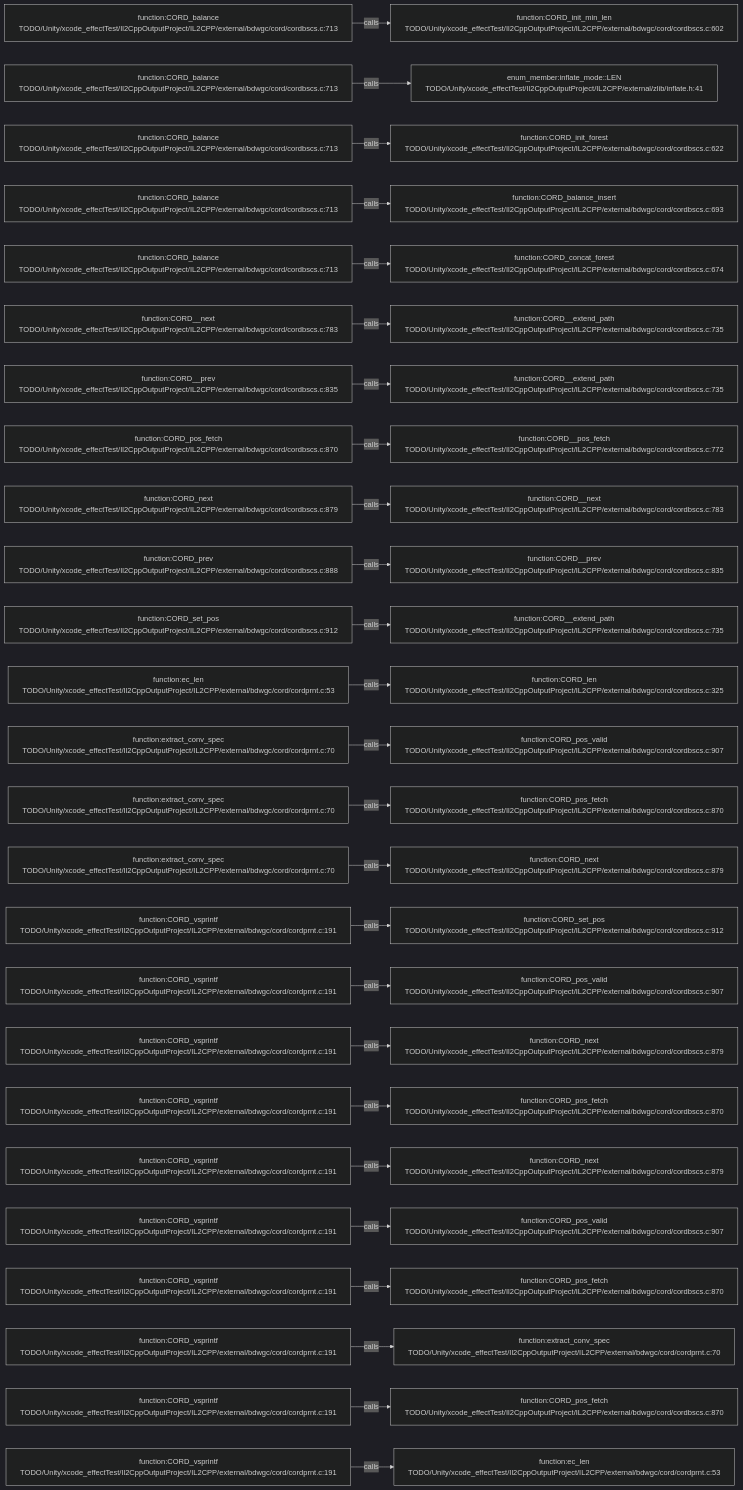
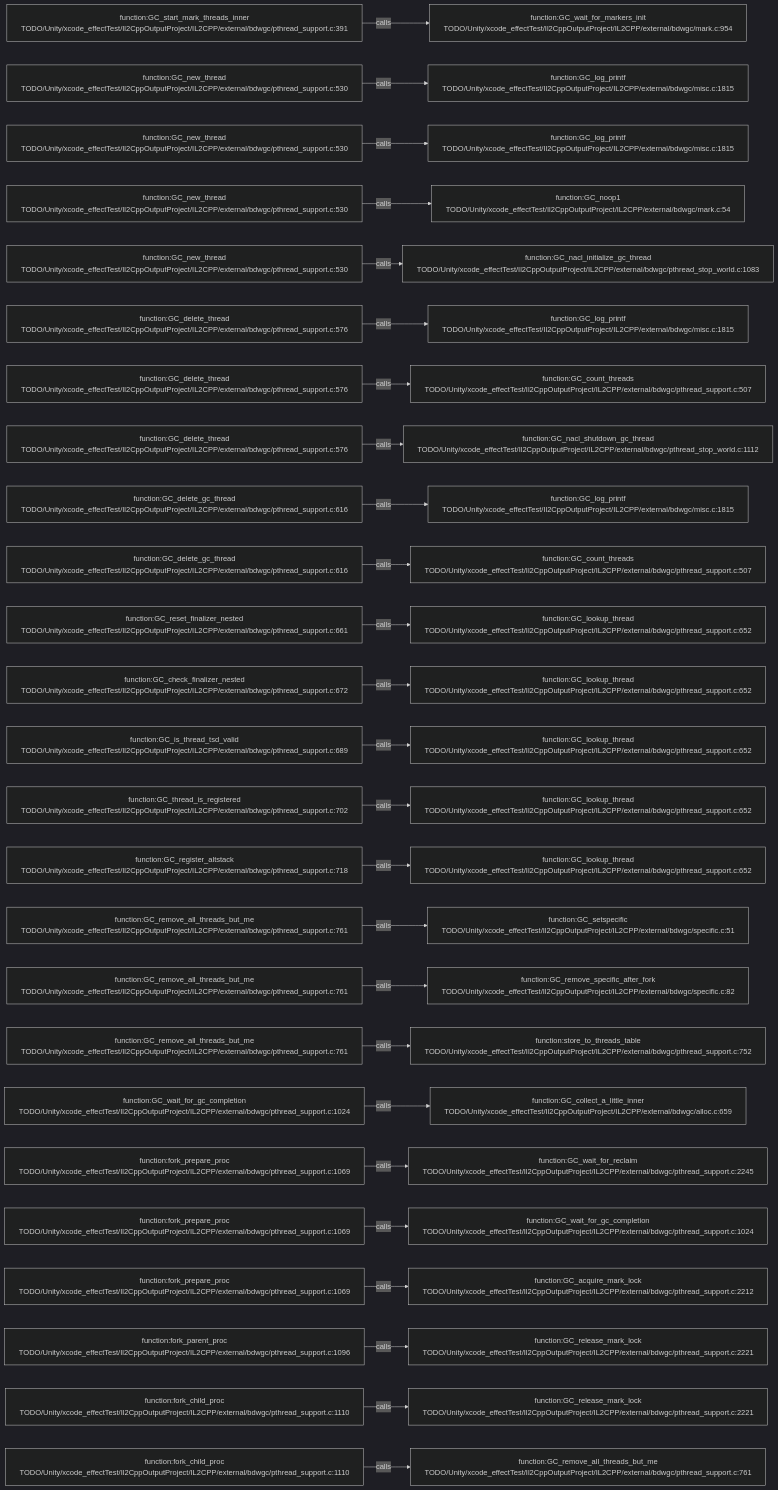
The diagram in .codegraph/codegraph.md/graphs/calls-152.md (JobsKits/JobsSwiftBaseConfigDemo), drawn with Mermaid (dark theme) before and after one commit. The commit also changed 227 other files, not shown here.

````diff
--- a/.codegraph/codegraph.md/graphs/calls-152.md
+++ b/.codegraph/codegraph.md/graphs/calls-152.md
@@ -13,78 +13,78 @@
 ```mermaid
 flowchart LR
-  S1["function:CORD_balance<br/>TODO/Unity/xcode_effectTest/Il2CppOutputProject/IL2CPP/external/bdwgc/cord/cordbscs.c:713"]
-  T1["function:CORD_init_min_len<br/>TODO/Unity/xcode_effectTest/Il2CppOutputProject/IL2CPP/external/bdwgc/cord/cordbscs.c:602"]
+  S1["function:GC_start_mark_threads_inner<br/>TODO/Unity/xcode_effectTest/Il2CppOutputProject/IL2CPP/external/bdwgc/pthread_support.c:391"]
+  T1["function:GC_wait_for_markers_init<br/>TODO/Unity/xcode_effectTest/Il2CppOutputProject/IL2CPP/external/bdwgc/mark.c:954"]
   S1 -->|calls| T1
-  S2["function:CORD_balance<br/>TODO/Unity/xcode_effectTest/Il2CppOutputProject/IL2CPP/external/bdwgc/cord/cordbscs.c:713"]
-  T2["enum_member:inflate_mode::LEN<br/>TODO/Unity/xcode_effectTest/Il2CppOutputProject/IL2CPP/external/zlib/inflate.h:41"]
+  S2["function:GC_new_thread<br/>TODO/Unity/xcode_effectTest/Il2CppOutputProject/IL2CPP/external/bdwgc/pthread_support.c:530"]
+  T2["function:GC_log_printf<br/>TODO/Unity/xcode_effectTest/Il2CppOutputProject/IL2CPP/external/bdwgc/misc.c:1815"]
   S2 -->|calls| T2
-  S3["function:CORD_balance<br/>TODO/Unity/xcode_effectTest/Il2CppOutputProject/IL2CPP/external/bdwgc/cord/cordbscs.c:713"]
-  T3["function:CORD_init_forest<br/>TODO/Unity/xcode_effectTest/Il2CppOutputProject/IL2CPP/external/bdwgc/cord/cordbscs.c:622"]
+  S3["function:GC_new_thread<br/>TODO/Unity/xcode_effectTest/Il2CppOutputProject/IL2CPP/external/bdwgc/pthread_support.c:530"]
+  T3["function:GC_log_printf<br/>TODO/Unity/xcode_effectTest/Il2CppOutputProject/IL2CPP/external/bdwgc/misc.c:1815"]
   S3 -->|calls| T3
-  S4["function:CORD_balance<br/>TODO/Unity/xcode_effectTest/Il2CppOutputProject/IL2CPP/external/bdwgc/cord/cordbscs.c:713"]
-  T4["function:CORD_balance_insert<br/>TODO/Unity/xcode_effectTest/Il2CppOutputProject/IL2CPP/external/bdwgc/cord/cordbscs.c:693"]
+  S4["function:GC_new_thread<br/>TODO/Unity/xcode_effectTest/Il2CppOutputProject/IL2CPP/external/bdwgc/pthread_support.c:530"]
+  T4["function:GC_noop1<br/>TODO/Unity/xcode_effectTest/Il2CppOutputProject/IL2CPP/external/bdwgc/mark.c:54"]
   S4 -->|calls| T4
-  S5["function:CORD_balance<br/>TODO/Unity/xcode_effectTest/Il2CppOutputProject/IL2CPP/external/bdwgc/cord/cordbscs.c:713"]
-  T5["function:CORD_concat_forest<br/>TODO/Unity/xcode_effectTest/Il2CppOutputProject/IL2CPP/external/bdwgc/cord/cordbscs.c:674"]
+  S5["function:GC_new_thread<br/>TODO/Unity/xcode_effectTest/Il2CppOutputProject/IL2CPP/external/bdwgc/pthread_support.c:530"]
+  T5["function:GC_nacl_initialize_gc_thread<br/>TODO/Unity/xcode_effectTest/Il2CppOutputProject/IL2CPP/external/bdwgc/pthread_stop_world.c:1083"]
   S5 -->|calls| T5
-  S6["function:CORD__next<br/>TODO/Unity/xcode_effectTest/Il2CppOutputProject/IL2CPP/external/bdwgc/cord/cordbscs.c:783"]
-  T6["function:CORD__extend_path<br/>TODO/Unity/xcode_effectTest/Il2CppOutputProject/IL2CPP/external/bdwgc/cord/cordbscs.c:735"]
+  S6["function:GC_delete_thread<br/>TODO/Unity/xcode_effectTest/Il2CppOutputProject/IL2CPP/external/bdwgc/pthread_support.c:576"]
+  T6["function:GC_log_printf<br/>TODO/Unity/xcode_effectTest/Il2CppOutputProject/IL2CPP/external/bdwgc/misc.c:1815"]
   S6 -->|calls| T6
-  S7["function:CORD__prev<br/>TODO/Unity/xcode_effectTest/Il2CppOutputProject/IL2CPP/external/bdwgc/cord/cordbscs.c:835"]
-  T7["function:CORD__extend_path<br/>TODO/Unity/xcode_effectTest/Il2CppOutputProject/IL2CPP/external/bdwgc/cord/cordbscs.c:735"]
+  S7["function:GC_delete_thread<br/>TODO/Unity/xcode_effectTest/Il2CppOutputProject/IL2CPP/external/bdwgc/pthread_support.c:576"]
+  T7["function:GC_count_threads<br/>TODO/Unity/xcode_effectTest/Il2CppOutputProject/IL2CPP/external/bdwgc/pthread_support.c:507"]
   S7 -->|calls| T7
-  S8["function:CORD_pos_fetch<br/>TODO/Unity/xcode_effectTest/Il2CppOutputProject/IL2CPP/external/bdwgc/cord/cordbscs.c:870"]
-  T8["function:CORD__pos_fetch<br/>TODO/Unity/xcode_effectTest/Il2CppOutputProject/IL2CPP/external/bdwgc/cord/cordbscs.c:772"]
+  S8["function:GC_delete_thread<br/>TODO/Unity/xcode_effectTest/Il2CppOutputProject/IL2CPP/external/bdwgc/pthread_support.c:576"]
+  T8["function:GC_nacl_shutdown_gc_thread<br/>TODO/Unity/xcode_effectTest/Il2CppOutputProject/IL2CPP/external/bdwgc/pthread_stop_world.c:1112"]
   S8 -->|calls| T8
-  S9["function:CORD_next<br/>TODO/Unity/xcode_effectTest/Il2CppOutputProject/IL2CPP/external/bdwgc/cord/cordbscs.c:879"]
-  T9["function:CORD__next<br/>TODO/Unity/xcode_effectTest/Il2CppOutputProject/IL2CPP/external/bdwgc/cord/cordbscs.c:783"]
+  S9["function:GC_delete_gc_thread<br/>TODO/Unity/xcode_effectTest/Il2CppOutputProject/IL2CPP/external/bdwgc/pthread_support.c:616"]
+  T9["function:GC_log_printf<br/>TODO/Unity/xcode_effectTest/Il2CppOutputProject/IL2CPP/external/bdwgc/misc.c:1815"]
   S9 -->|calls| T9
-  S10["function:CORD_prev<br/>TODO/Unity/xcode_effectTest/Il2CppOutputProject/IL2CPP/external/bdwgc/cord/cordbscs.c:888"]
-  T10["function:CORD__prev<br/>TODO/Unity/xcode_effectTest/Il2CppOutputProject/IL2CPP/external/bdwgc/cord/cordbscs.c:835"]
+  S10["function:GC_delete_gc_thread<br/>TODO/Unity/xcode_effectTest/Il2CppOutputProject/IL2CPP/external/bdwgc/pthread_support.c:616"]
+  T10["function:GC_count_threads<br/>TODO/Unity/xcode_effectTest/Il2CppOutputProject/IL2CPP/external/bdwgc/pthread_support.c:507"]
   S10 -->|calls| T10
-  S11["function:CORD_set_pos<br/>TODO/Unity/xcode_effectTest/Il2CppOutputProject/IL2CPP/external/bdwgc/cord/cordbscs.c:912"]
-  T11["function:CORD__extend_path<br/>TODO/Unity/xcode_effectTest/Il2CppOutputProject/IL2CPP/external/bdwgc/cord/cordbscs.c:735"]
+  S11["function:GC_reset_finalizer_nested<br/>TODO/Unity/xcode_effectTest/Il2CppOutputProject/IL2CPP/external/bdwgc/pthread_support.c:661"]
+  T11["function:GC_lookup_thread<br/>TODO/Unity/xcode_effectTest/Il2CppOutputProject/IL2CPP/external/bdwgc/pthread_support.c:652"]
   S11 -->|calls| T11
-  S12["function:ec_len<br/>TODO/Unity/xcode_effectTest/Il2CppOutputProject/IL2CPP/external/bdwgc/cord/cordprnt.c:53"]
-  T12["function:CORD_len<br/>TODO/Unity/xcode_effectTest/Il2CppOutputProject/IL2CPP/external/bdwgc/cord/cordbscs.c:325"]
+  S12["function:GC_check_finalizer_nested<br/>TODO/Unity/xcode_effectTest/Il2CppOutputProject/IL2CPP/external/bdwgc/pthread_support.c:672"]
+  T12["function:GC_lookup_thread<br/>TODO/Unity/xcode_effectTest/Il2CppOutputProject/IL2CPP/external/bdwgc/pthread_support.c:652"]
   S12 -->|calls| T12
-  S13["function:extract_conv_spec<br/>TODO/Unity/xcode_effectTest/Il2CppOutputProject/IL2CPP/external/bdwgc/cord/cordprnt.c:70"]
-  T13["function:CORD_pos_valid<br/>TODO/Unity/xcode_effectTest/Il2CppOutputProject/IL2CPP/external/bdwgc/cord/cordbscs.c:907"]
+  S13["function:GC_is_thread_tsd_valid<br/>TODO/Unity/xcode_effectTest/Il2CppOutputProject/IL2CPP/external/bdwgc/pthread_support.c:689"]
+  T13["function:GC_lookup_thread<br/>TODO/Unity/xcode_effectTest/Il2CppOutputProject/IL2CPP/external/bdwgc/pthread_support.c:652"]
   S13 -->|calls| T13
-  S14["function:extract_conv_spec<br/>TODO/Unity/xcode_effectTest/Il2CppOutputProject/IL2CPP/external/bdwgc/cord/cordprnt.c:70"]
-  T14["function:CORD_pos_fetch<br/>TODO/Unity/xcode_effectTest/Il2CppOutputProject/IL2CPP/external/bdwgc/cord/cordbscs.c:870"]
+  S14["function:GC_thread_is_registered<br/>TODO/Unity/xcode_effectTest/Il2CppOutputProject/IL2CPP/external/bdwgc/pthread_support.c:702"]
+  T14["function:GC_lookup_thread<br/>TODO/Unity/xcode_effectTest/Il2CppOutputProject/IL2CPP/external/bdwgc/pthread_support.c:652"]
   S14 -->|calls| T14
-  S15["function:extract_conv_spec<br/>TODO/Unity/xcode_effectTest/Il2CppOutputProject/IL2CPP/external/bdwgc/cord/cordprnt.c:70"]
-  T15["function:CORD_next<br/>TODO/Unity/xcode_effectTest/Il2CppOutputProject/IL2CPP/external/bdwgc/cord/cordbscs.c:879"]
+  S15["function:GC_register_altstack<br/>TODO/Unity/xcode_effectTest/Il2CppOutputProject/IL2CPP/external/bdwgc/pthread_support.c:718"]
+  T15["function:GC_lookup_thread<br/>TODO/Unity/xcode_effectTest/Il2CppOutputProject/IL2CPP/external/bdwgc/pthread_support.c:652"]
   S15 -->|calls| T15
-  S16["function:CORD_vsprintf<br/>TODO/Unity/xcode_effectTest/Il2CppOutputProject/IL2CPP/external/bdwgc/cord/cordprnt.c:191"]
-  T16["function:CORD_set_pos<br/>TODO/Unity/xcode_effectTest/Il2CppOutputProject/IL2CPP/external/bdwgc/cord/cordbscs.c:912"]
+  S16["function:GC_remove_all_threads_but_me<br/>TODO/Unity/xcode_effectTest/Il2CppOutputProject/IL2CPP/external/bdwgc/pthread_support.c:761"]
+  T16["function:GC_setspecific<br/>TODO/Unity/xcode_effectTest/Il2CppOutputProject/IL2CPP/external/bdwgc/specific.c:51"]
   S16 -->|calls| T16
-  S17["function:CORD_vsprintf<br/>TODO/Unity/xcode_effectTest/Il2CppOutputProject/IL2CPP/external/bdwgc/cord/cordprnt.c:191"]
-  T17["function:CORD_pos_valid<br/>TODO/Unity/xcode_effectTest/Il2CppOutputProject/IL2CPP/external/bdwgc/cord/cordbscs.c:907"]
+  S17["function:GC_remove_all_threads_but_me<br/>TODO/Unity/xcode_effectTest/Il2CppOutputProject/IL2CPP/external/bdwgc/pthread_support.c:761"]
+  T17["function:GC_remove_specific_after_fork<br/>TODO/Unity/xcode_effectTest/Il2CppOutputProject/IL2CPP/external/bdwgc/specific.c:82"]
   S17 -->|calls| T17
-  S18["function:CORD_vsprintf<br/>TODO/Unity/xcode_effectTest/Il2CppOutputProject/IL2CPP/external/bdwgc/cord/cordprnt.c:191"]
-  T18["function:CORD_next<br/>TODO/Unity/xcode_effectTest/Il2CppOutputProject/IL2CPP/external/bdwgc/cord/cordbscs.c:879"]
+  S18["function:GC_remove_all_threads_but_me<br/>TODO/Unity/xcode_effectTest/Il2CppOutputProject/IL2CPP/external/bdwgc/pthread_support.c:761"]
+  T18["function:store_to_threads_table<br/>TODO/Unity/xcode_effectTest/Il2CppOutputProject/IL2CPP/external/bdwgc/pthread_support.c:752"]
   S18 -->|calls| T18
-  S19["function:CORD_vsprintf<br/>TODO/Unity/xcode_effectTest/Il2CppOutputProject/IL2CPP/external/bdwgc/cord/cordprnt.c:191"]
-  T19["function:CORD_pos_fetch<br/>TODO/Unity/xcode_effectTest/Il2CppOutputProject/IL2CPP/external/bdwgc/cord/cordbscs.c:870"]
+  S19["function:GC_wait_for_gc_completion<br/>TODO/Unity/xcode_effectTest/Il2CppOutputProject/IL2CPP/external/bdwgc/pthread_support.c:1024"]
+  T19["function:GC_collect_a_little_inner<br/>TODO/Unity/xcode_effectTest/Il2CppOutputProject/IL2CPP/external/bdwgc/alloc.c:659"]
   S19 -->|calls| T19
-  S20["function:CORD_vsprintf<br/>TODO/Unity/xcode_effectTest/Il2CppOutputProject/IL2CPP/external/bdwgc/cord/cordprnt.c:191"]
-  T20["function:CORD_next<br/>TODO/Unity/xcode_effectTest/Il2CppOutputProject/IL2CPP/external/bdwgc/cord/cordbscs.c:879"]
+  S20["function:fork_prepare_proc<br/>TODO/Unity/xcode_effectTest/Il2CppOutputProject/IL2CPP/external/bdwgc/pthread_support.c:1069"]
+  T20["function:GC_wait_for_reclaim<br/>TODO/Unity/xcode_effectTest/Il2CppOutputProject/IL2CPP/external/bdwgc/pthread_support.c:2245"]
   S20 -->|calls| T20
-  S21["function:CORD_vsprintf<br/>TODO/Unity/xcode_effectTest/Il2CppOutputProject/IL2CPP/external/bdwgc/cord/cordprnt.c:191"]
-  T21["function:CORD_pos_valid<br/>TODO/Unity/xcode_effectTest/Il2CppOutputProject/IL2CPP/external/bdwgc/cord/cordbscs.c:907"]
+  S21["function:fork_prepare_proc<br/>TODO/Unity/xcode_effectTest/Il2CppOutputProject/IL2CPP/external/bdwgc/pthread_support.c:1069"]
+  T21["function:GC_wait_for_gc_completion<br/>TODO/Unity/xcode_effectTest/Il2CppOutputProject/IL2CPP/external/bdwgc/pthread_support.c:1024"]
   S21 -->|calls| T21
-  S22["function:CORD_vsprintf<br/>TODO/Unity/xcode_effectTest/Il2CppOutputProject/IL2CPP/external/bdwgc/cord/cordprnt.c:191"]
-  T22["function:CORD_pos_fetch<br/>TODO/Unity/xcode_effectTest/Il2CppOutputProject/IL2CPP/external/bdwgc/cord/cordbscs.c:870"]
+  S22["function:fork_prepare_proc<br/>TODO/Unity/xcode_effectTest/Il2CppOutputProject/IL2CPP/external/bdwgc/pthread_support.c:1069"]
+  T22["function:GC_acquire_mark_lock<br/>TODO/Unity/xcode_effectTest/Il2CppOutputProject/IL2CPP/external/bdwgc/pthread_support.c:2212"]
   S22 -->|calls| T22
-  S23["function:CORD_vsprintf<br/>TODO/Unity/xcode_effectTest/Il2CppOutputProject/IL2CPP/external/bdwgc/cord/cordprnt.c:191"]
-  T23["function:extract_conv_spec<br/>TODO/Unity/xcode_effectTest/Il2CppOutputProject/IL2CPP/external/bdwgc/cord/cordprnt.c:70"]
+  S23["function:fork_parent_proc<br/>TODO/Unity/xcode_effectTest/Il2CppOutputProject/IL2CPP/external/bdwgc/pthread_support.c:1096"]
+  T23["function:GC_release_mark_lock<br/>TODO/Unity/xcode_effectTest/Il2CppOutputProject/IL2CPP/external/bdwgc/pthread_support.c:2221"]
   S23 -->|calls| T23
-  S24["function:CORD_vsprintf<br/>TODO/Unity/xcode_effectTest/Il2CppOutputProject/IL2CPP/external/bdwgc/cord/cordprnt.c:191"]
-  T24["function:CORD_pos_fetch<br/>TODO/Unity/xcode_effectTest/Il2CppOutputProject/IL2CPP/external/bdwgc/cord/cordbscs.c:870"]
+  S24["function:fork_child_proc<br/>TODO/Unity/xcode_effectTest/Il2CppOutputProject/IL2CPP/external/bdwgc/pthread_support.c:1110"]
+  T24["function:GC_release_mark_lock<br/>TODO/Unity/xcode_effectTest/Il2CppOutputProject/IL2CPP/external/bdwgc/pthread_support.c:2221"]
   S24 -->|calls| T24
-  S25["function:CORD_vsprintf<br/>TODO/Unity/xcode_effectTest/Il2CppOutputProject/IL2CPP/external/bdwgc/cord/cordprnt.c:191"]
-  T25["function:ec_len<br/>TODO/Unity/xcode_effectTest/Il2CppOutputProject/IL2CPP/external/bdwgc/cord/cordprnt.c:53"]
+  S25["function:fork_child_proc<br/>TODO/Unity/xcode_effectTest/Il2CppOutputProject/IL2CPP/external/bdwgc/pthread_support.c:1110"]
+  T25["function:GC_remove_all_threads_but_me<br/>TODO/Unity/xcode_effectTest/Il2CppOutputProject/IL2CPP/external/bdwgc/pthread_support.c:761"]
   S25 -->|calls| T25
 ```
````
